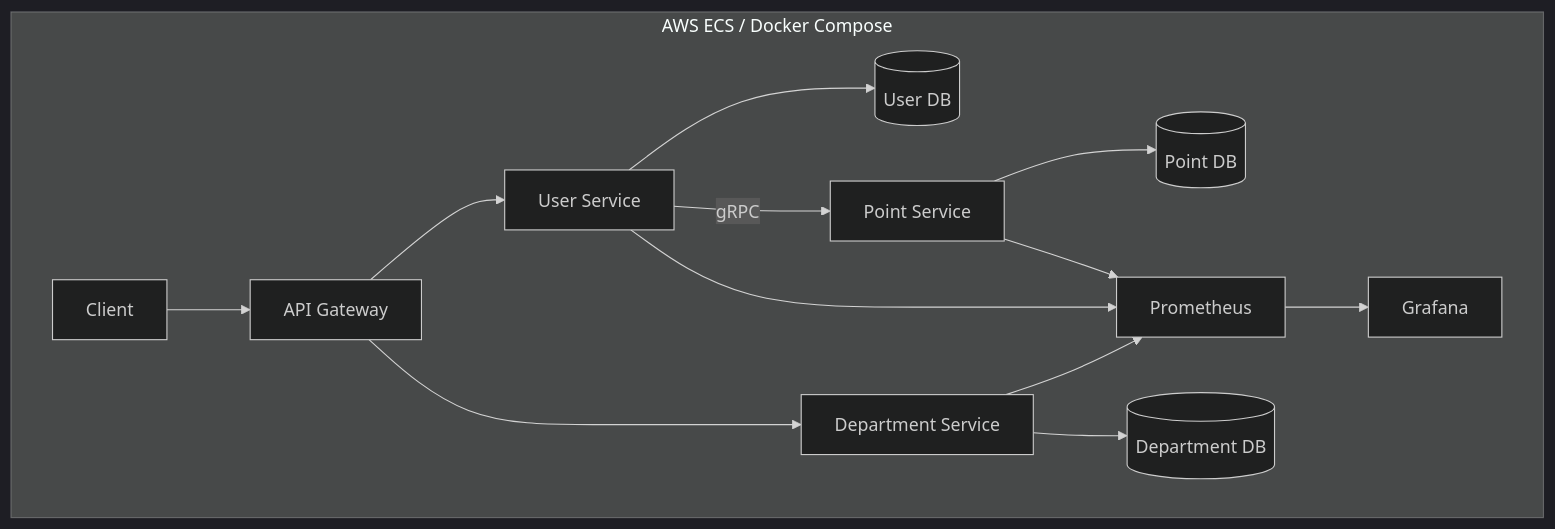
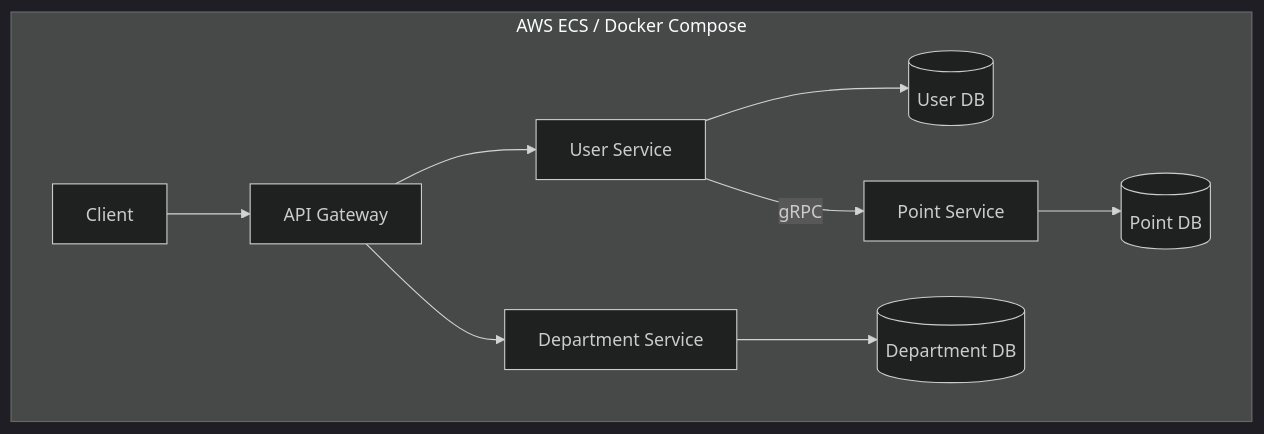
The diagram in README.md (syedomair/backend-microservices), drawn with Mermaid (dark theme) before and after one commit.

Commit message:
updated diagram in README

````diff
--- a/README.md
+++ b/README.md
@@ -15,16 +15,12 @@
 ```mermaid
 graph TB
     subgraph AWS ECS / Docker Compose
         A[Client] --> B[API Gateway]
         B --> C[User Service]
         C --> E[(User DB)]
         C -- gRPC --> G[Point Service]
         G --> H[(Point DB)]
-        C --> I[Prometheus]
-        D --> I[Prometheus]
-        G --> I[Prometheus]
-        I --> J[Grafana]
         B --> D[Department Service]
         D --> F[(Department DB)]
     end
 ``` 
````
